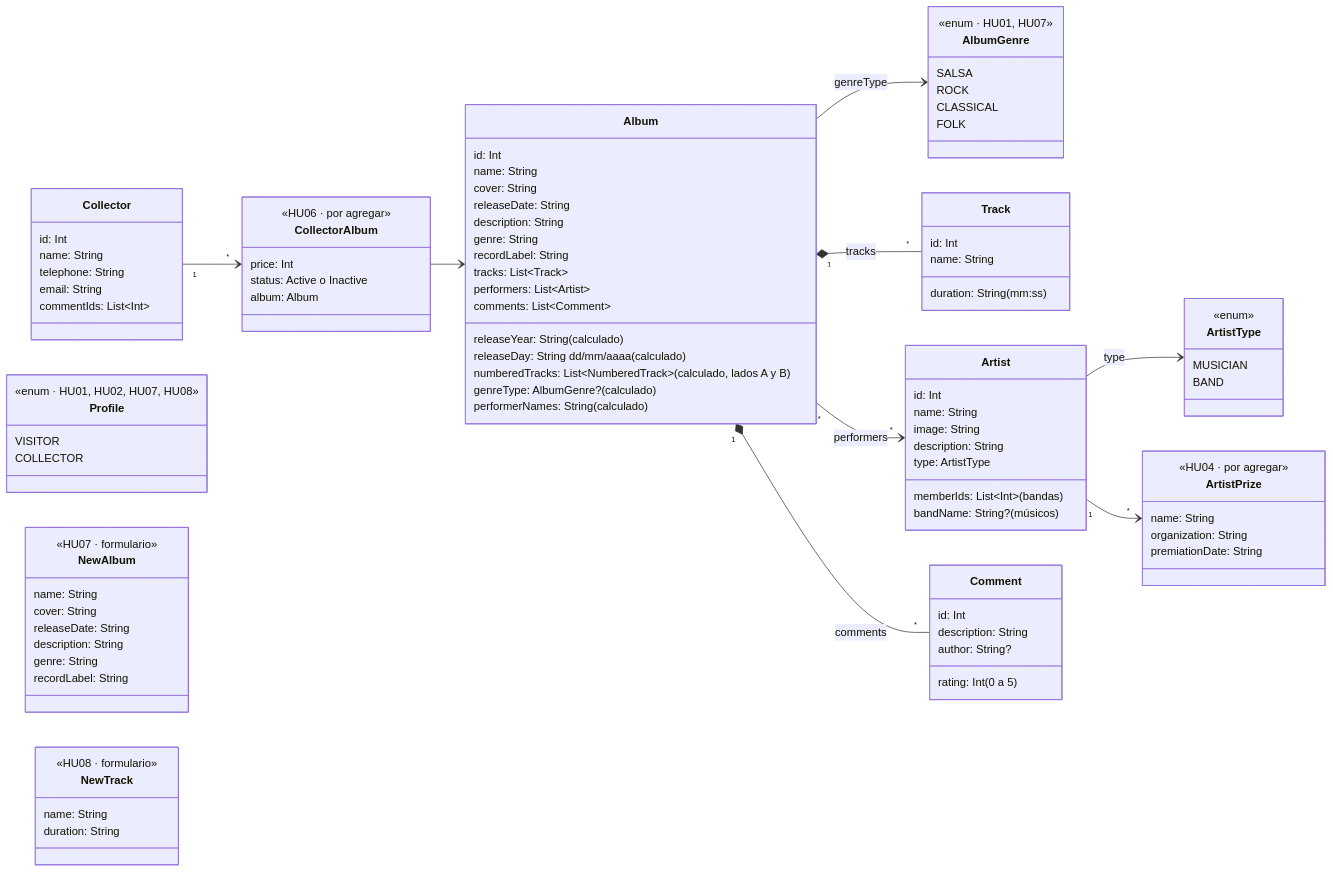
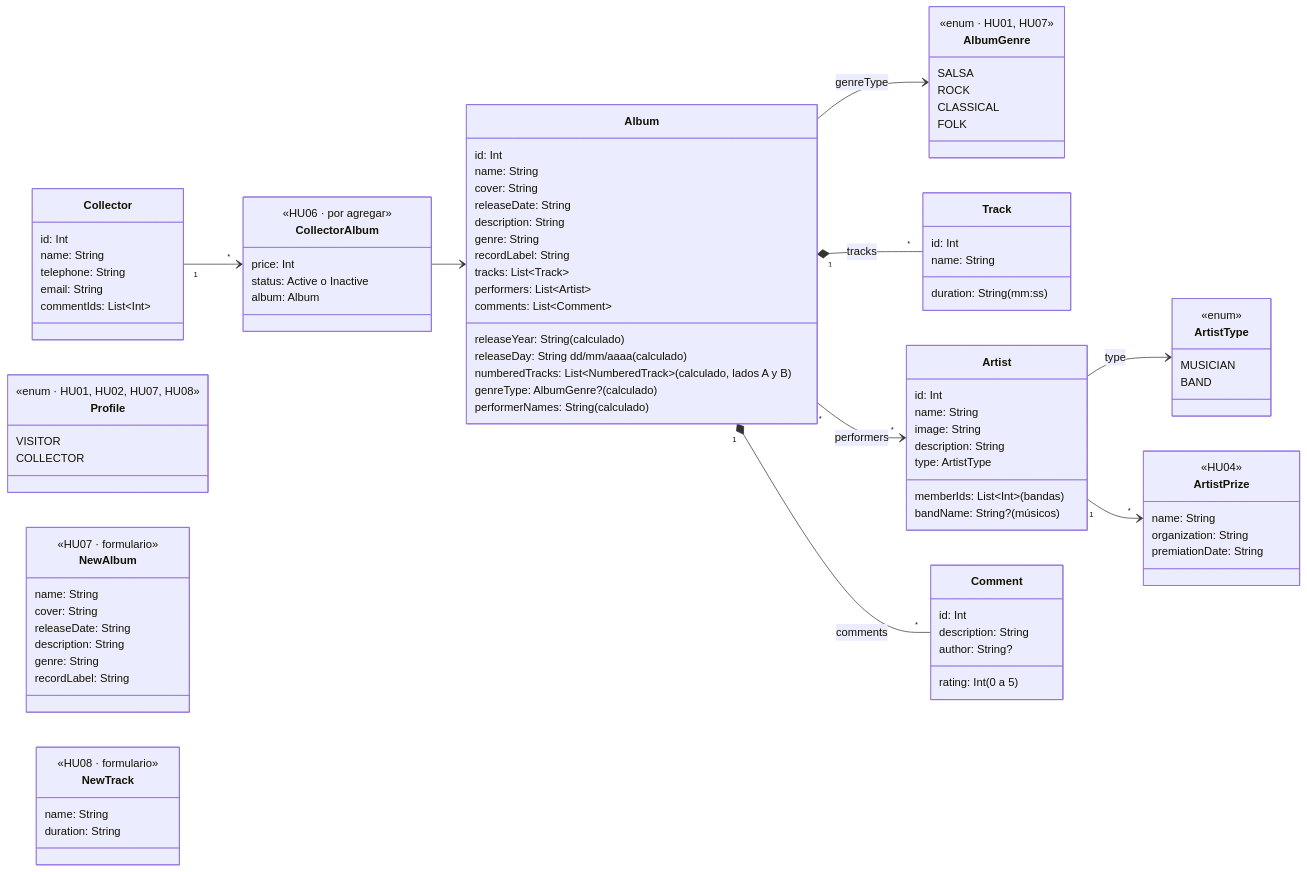
One commit to jhon0520/Andes-Vynils-App changed the third of 4 diagrams in docs/App-technical-documentation.md. Above: the diagram before and after it, drawn with Mermaid. The commit also changed other lines of this file and 29 other files, not shown here.

```diff
--- a/docs/App-technical-documentation.md
+++ b/docs/App-technical-documentation.md
@@ -157,7 +157,7 @@
         author: String?
     }
     class ArtistPrize {
-        <<HU04 · por agregar>>
+        <<HU04>>
         name: String
         organization: String
         premiationDate: String
```
